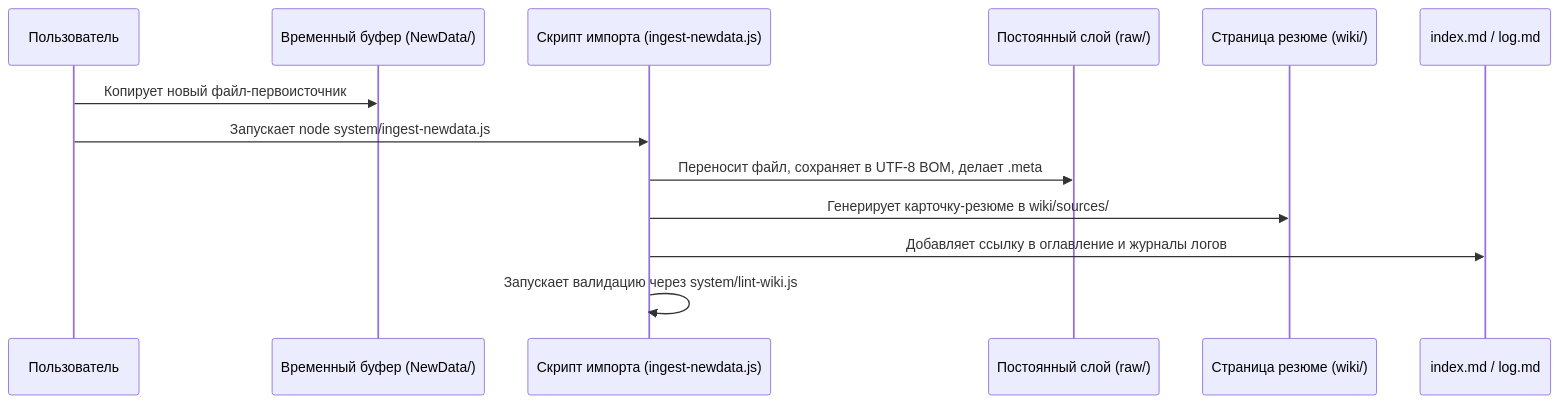
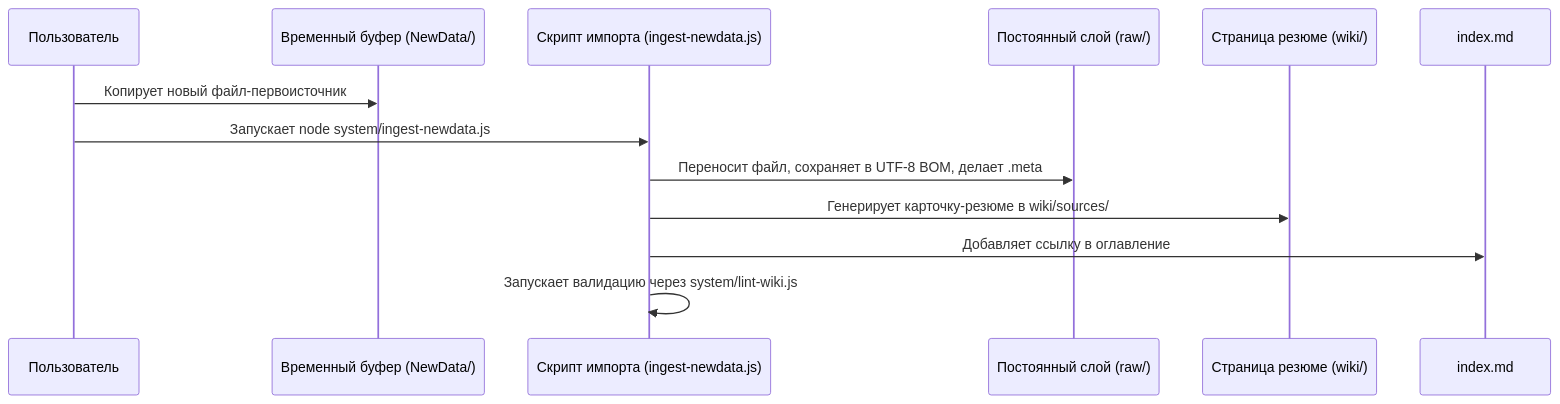
One commit to gDavASko/DavASkoLLMWiki changed the second of 2 diagrams in README.ru.md. Above: the diagram before and after it, drawn with Mermaid. The commit also changed other lines of this file and 14 other files, not shown here.

````diff
--- a/README.ru.md
+++ b/README.ru.md
@@ -118,16 +106,16 @@
 ```mermaid
 sequenceDiagram
     participant User as Пользователь
     participant NewData as Временный буфер (NewData/)
     participant Script as Скрипт импорта (ingest-newdata.js)
     participant Raw as Постоянный слой (raw/)
     participant Wiki as Страница резюме (wiki/)
-    participant Index as index.md / log.md
+    participant Index as index.md
     
     User->>NewData: Копирует новый файл-первоисточник
     User->>Script: Запускает node system/ingest-newdata.js
     Script->>Raw: Переносит файл, сохраняет в UTF-8 BOM, делает .meta
     Script->>Wiki: Генерирует карточку-резюме в wiki/sources/
-    Script->>Index: Добавляет ссылку в оглавление и журналы логов
+    Script->>Index: Добавляет ссылку в оглавление
     Script->>Script: Запускает валидацию через system/lint-wiki.js
 ```
````
